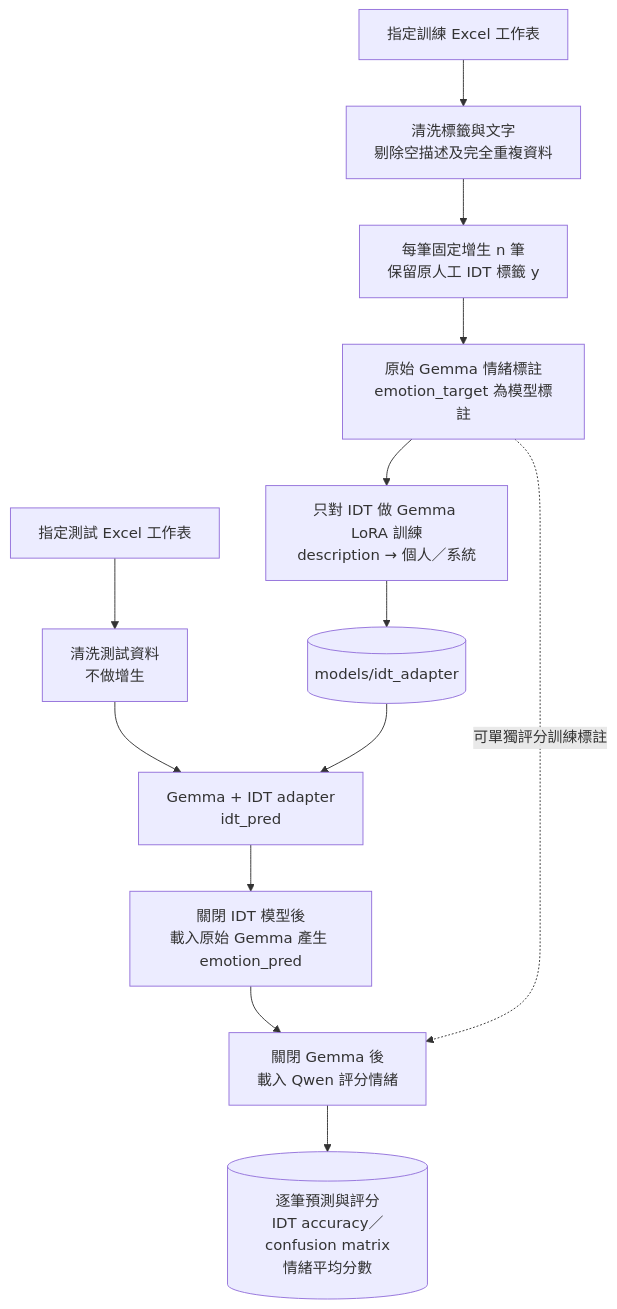
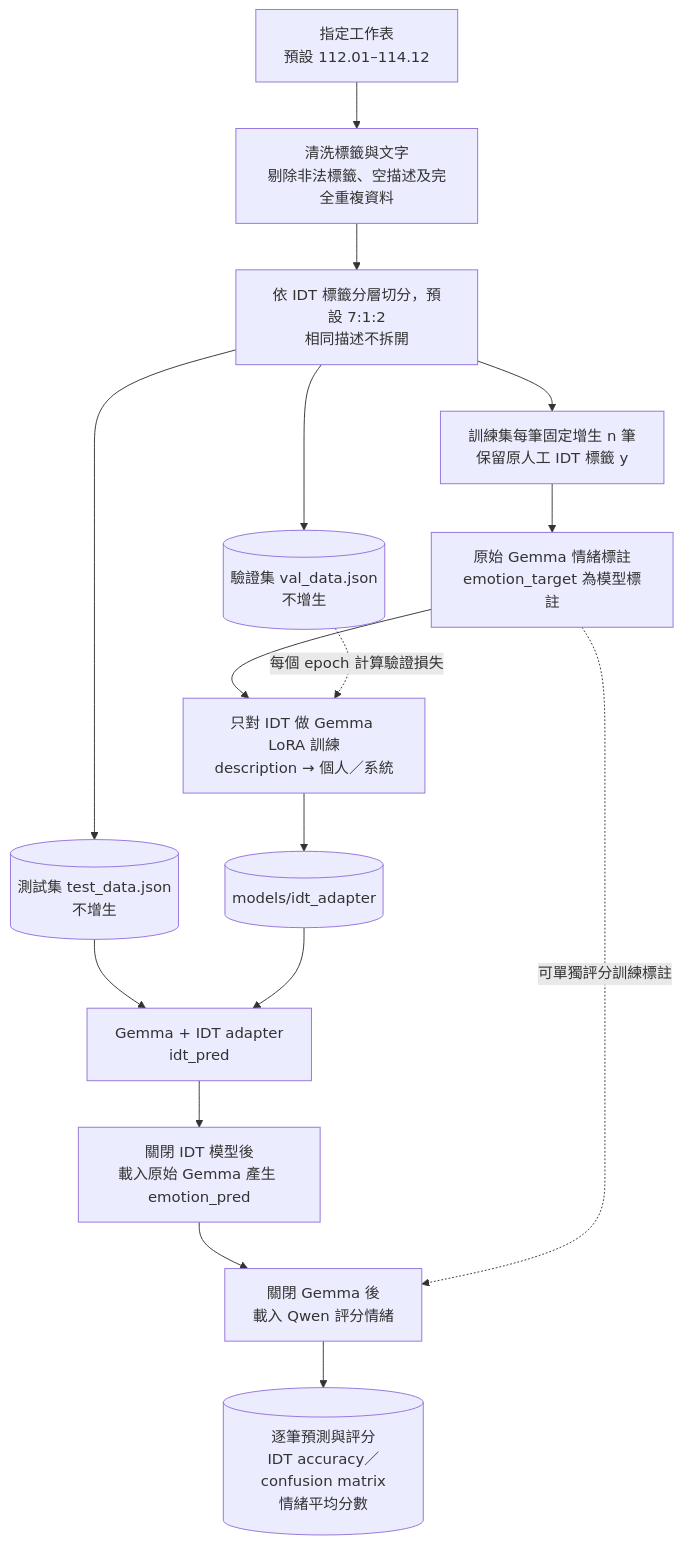
The diagram in README.md (twcch/Medical-Incident-NLP), drawn with Mermaid before and after one commit. The commit also changed other lines of this file and 29 other files, not shown here.

````diff
--- a/README.md
+++ b/README.md
@@ -16,15 +26,18 @@
 ```mermaid
 flowchart TD
-    A[指定訓練 Excel 工作表] --> B[清洗標籤與文字<br/>剔除空描述及完全重複資料]
-    B --> C[每筆固定增生 n 筆<br/>保留原人工 IDT 標籤 y]
+    A[指定工作表<br/>預設 112.01–114.12] --> B[清洗標籤與文字<br/>剔除非法標籤、空描述及完全重複資料]
+    B --> S[依 IDT 標籤分層切分，預設 7:1:2<br/>相同描述不拆開]
+    S --> C[訓練集每筆固定增生 n 筆<br/>保留原人工 IDT 標籤 y]
+    S --> V[(驗證集 val_data.json<br/>不增生)]
+    S --> H[(測試集 test_data.json<br/>不增生)]
     C --> D[原始 Gemma 情緒標註<br/>emotion_target 為模型標註]
     D --> E[只對 IDT 做 Gemma LoRA 訓練<br/>description → 個人／系統]
+    V -.每個 epoch 計算驗證損失.-> E
     E --> F[(models/idt_adapter)]
-    G[指定測試 Excel 工作表] --> H[清洗測試資料<br/>不做增生]
     H --> I[Gemma + IDT adapter<br/>idt_pred]
     F --> I
     I --> J[關閉 IDT 模型後<br/>載入原始 Gemma 產生 emotion_pred]
     J --> K[關閉 Gemma 後<br/>載入 Qwen 評分情緒]
     K --> L[(逐筆預測與評分<br/>IDT accuracy／confusion matrix<br/>情緒平均分數)]
     D -.可單獨評分訓練標註.-> K
 ```
````
